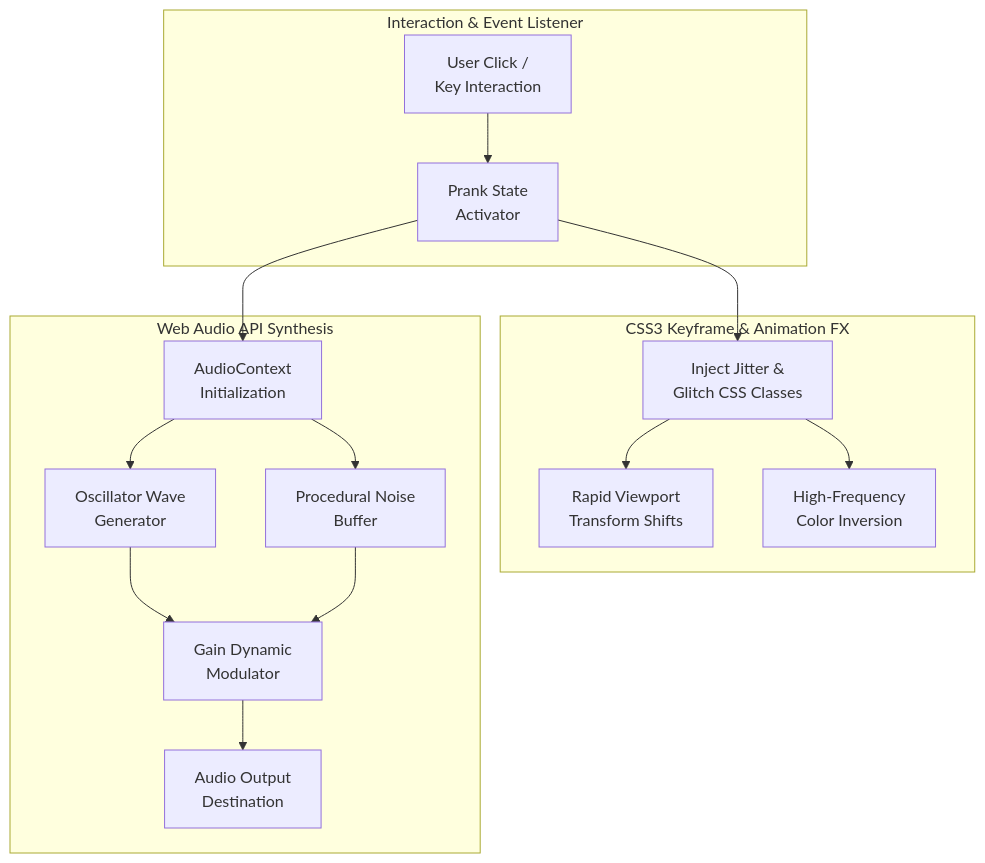
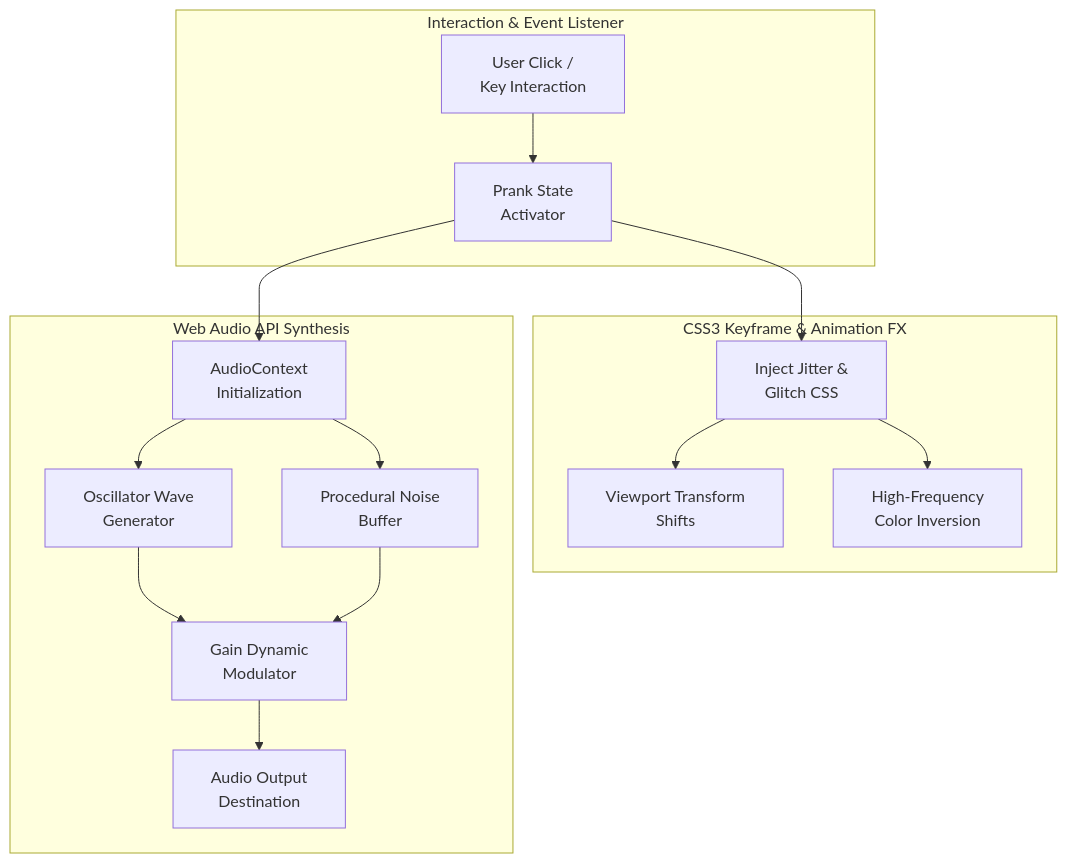
The diagram in README.md (ISBANDURAHUMAN-R/PRANK), drawn with Mermaid before and after one commit.

Commit message:
docs: fix Mermaid label truncation with line wrapping and non-clipping padding

````diff
--- a/README.md
+++ b/README.md
@@ -18,20 +18,20 @@
 ```mermaid
 graph TD
-    subgraph TriggerLayer ["Interaction & Event Listener"]
-        UserAction["User Click /<br/>Key Interaction"] --> EventTrigger["Prank State<br/>Activator"]
+    subgraph TriggerLayer ["&nbsp; Interaction &amp; Event Listener &nbsp;"]
+        UserAction["&nbsp; User Click / &nbsp;<br/>&nbsp; Key Interaction &nbsp;"] --> EventTrigger["&nbsp; Prank State &nbsp;<br/>&nbsp; Activator &nbsp;"]
     end
 
-    subgraph VisualEngine ["CSS3 Keyframe & Animation FX"]
-        EventTrigger --> GlitchClass["Inject Jitter &amp;<br/>Glitch CSS Classes"]
-        GlitchClass --> TransformMatrix["Rapid Viewport<br/>Transform Shifts"]
-        GlitchClass --> ColorInvert["High-Frequency<br/>Color Inversion"]
+    subgraph VisualEngine ["&nbsp; CSS3 Keyframe &amp; Animation FX &nbsp;"]
+        EventTrigger --> GlitchClass["&nbsp; Inject Jitter &amp; &nbsp;<br/>&nbsp; Glitch CSS &nbsp;"]
+        GlitchClass --> TransformMatrix["&nbsp; Viewport Transform &nbsp;<br/>&nbsp; Shifts &nbsp;"]
+        GlitchClass --> ColorInvert["&nbsp; High-Frequency &nbsp;<br/>&nbsp; Color Inversion &nbsp;"]
     end
 
-    subgraph AudioEngine ["Web Audio API Synthesis"]
-        EventTrigger --> AudioCtx["AudioContext<br/>Initialization"]
-        AudioCtx --> Osc["Oscillator Wave<br/>Generator"]
-        AudioCtx --> Noise["Procedural Noise<br/>Buffer"]
-        Osc & Noise --> GainNode["Gain Dynamic<br/>Modulator"]
-        GainNode --> Speaker["Audio Output<br/>Destination"]
+    subgraph AudioEngine ["&nbsp; Web Audio API Synthesis &nbsp;"]
+        EventTrigger --> AudioCtx["&nbsp; AudioContext &nbsp;<br/>&nbsp; Initialization &nbsp;"]
+        AudioCtx --> Osc["&nbsp; Oscillator Wave &nbsp;<br/>&nbsp; Generator &nbsp;"]
+        AudioCtx --> Noise["&nbsp; Procedural Noise &nbsp;<br/>&nbsp; Buffer &nbsp;"]
+        Osc & Noise --> GainNode["&nbsp; Gain Dynamic &nbsp;<br/>&nbsp; Modulator &nbsp;"]
+        GainNode --> Speaker["&nbsp; Audio Output &nbsp;<br/>&nbsp; Destination &nbsp;"]
     end
 ```
````
